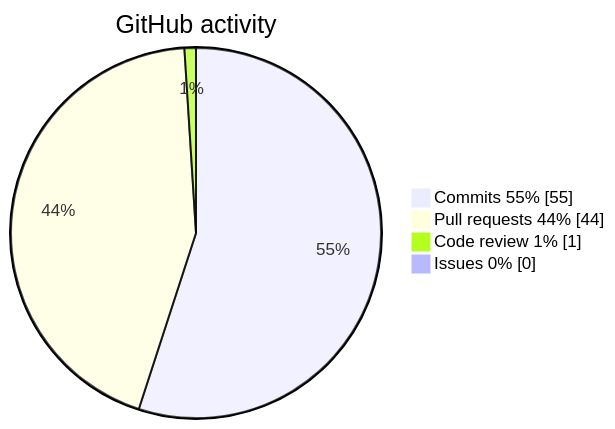
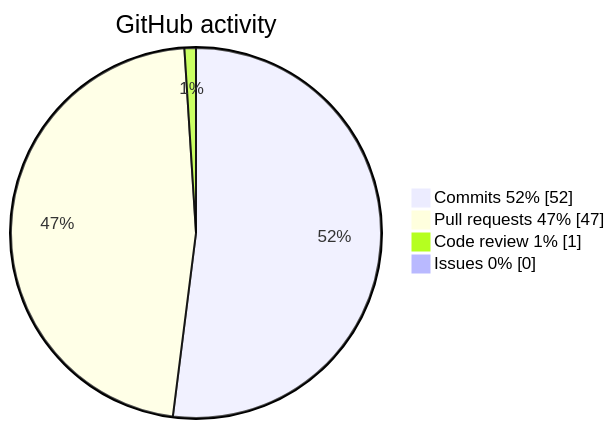
Before and after one commit to krotname/KrotName: the diagram in README.en.md, drawn with Mermaid. The commit also changed other lines of this file and 1 other file, not shown here.

Commit message:
Update profile metrics

````diff
--- a/README.en.md
+++ b/README.en.md
@@ -48,8 +48,8 @@
 ```mermaid
 pie showData
     title GitHub activity
-    "Commits 55%" : 55
-    "Pull requests 44%" : 44
+    "Commits 52%" : 52
+    "Pull requests 47%" : 47
     "Code review 1%" : 1
     "Issues 0%" : 0
 ```
````
